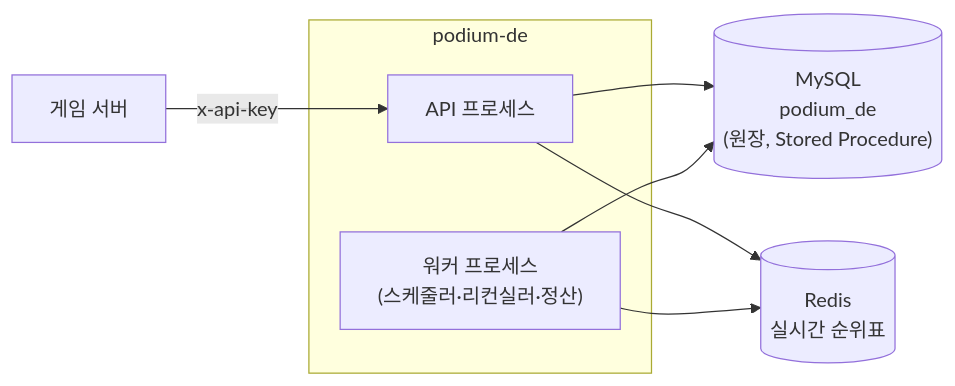
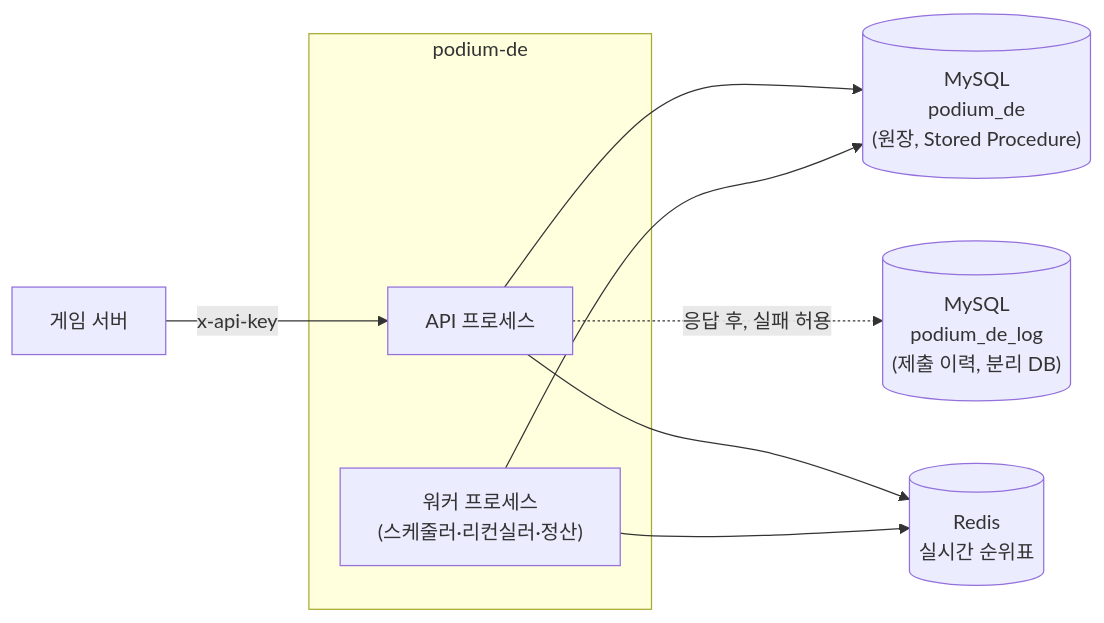
One commit to trisakion0500/podium-de changed the diagram in README.md. Above: the diagram before and after it, drawn with Mermaid. The commit also changed other lines of this file and 30 other files, not shown here.

````diff
--- a/README.md
+++ b/README.md
@@ -92,18 +92,20 @@
 ```mermaid
 graph LR
     game["게임 서버"]
 
     subgraph podium["podium-de"]
         api["API 프로세스"]
         worker["워커 프로세스\n(스케줄러·리컨실러·정산)"]
     end
 
     mysql[("MySQL\npodium_de\n(원장, Stored Procedure)")]
+    logdb[("MySQL\npodium_de_log\n(제출 이력, 분리 DB)")]
     redis[("Redis\n실시간 순위표")]
 
     game -->|"x-api-key"| api
     api --> mysql
+    api -.->|"응답 후, 실패 허용"| logdb
     api --> redis
     worker --> mysql
     worker --> redis
 ```
````
